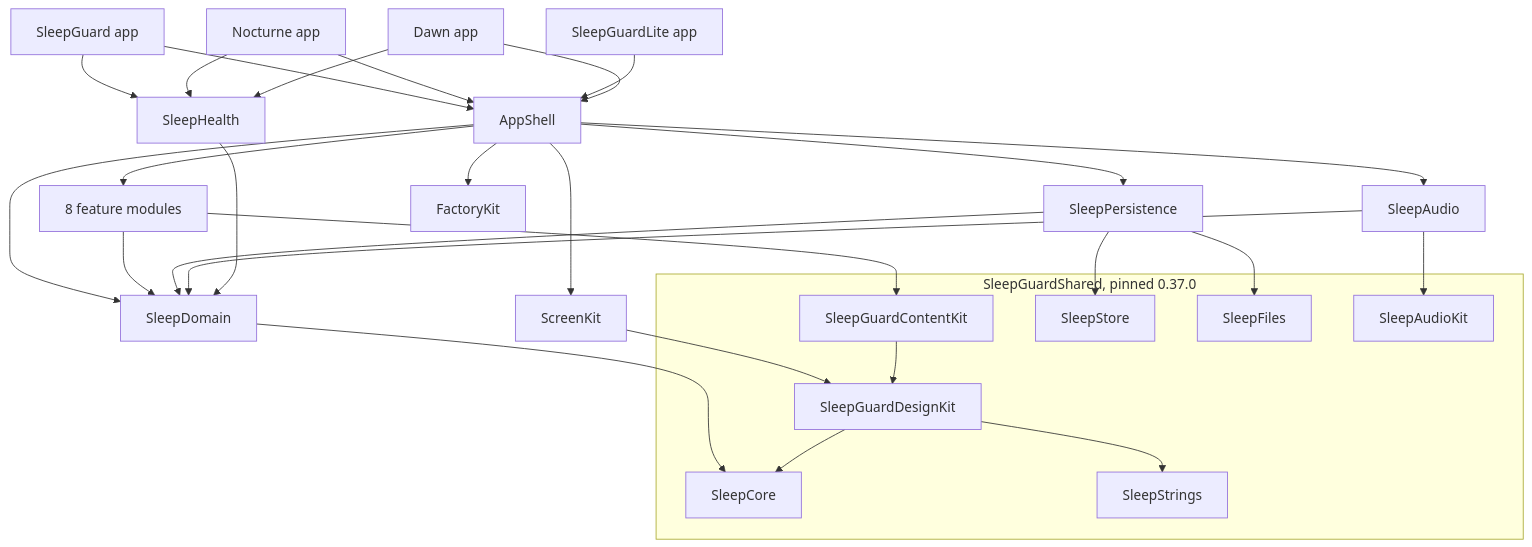
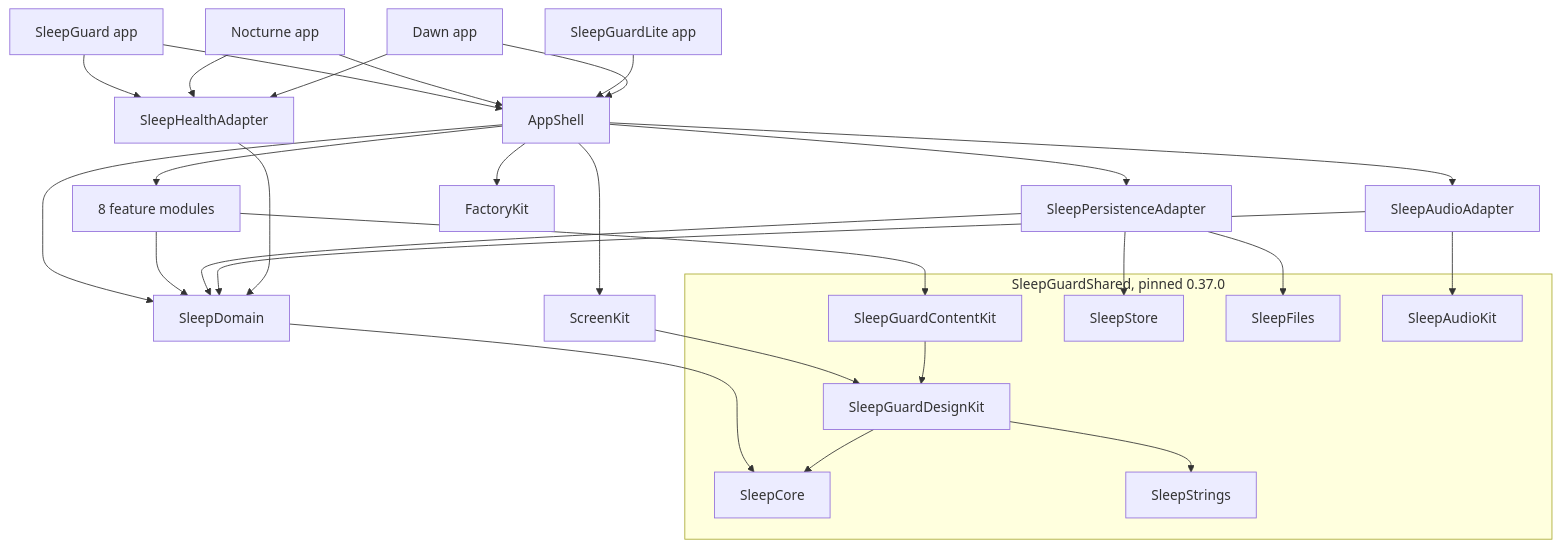
The diagram in docs/ARCHITECTURE.md (dardan0x/SleepGuardUIKitWay), drawn with Mermaid before and after one commit. The commit also changed other lines of this file and 153 other files, not shown here.

````diff
--- a/docs/ARCHITECTURE.md
+++ b/docs/ARCHITECTURE.md
@@ -20,41 +20,41 @@
 ```mermaid
 graph TD
   SG[SleepGuard app] --> AppShell
   NO[Nocturne app] --> AppShell
   LI[SleepGuardLite app] --> AppShell
   DA[Dawn app] --> AppShell
-  SG --> SleepHealth
-  NO --> SleepHealth
-  DA --> SleepHealth
+  SG --> SleepHealthAdapter
+  NO --> SleepHealthAdapter
+  DA --> SleepHealthAdapter
 
   AppShell --> Features[8 feature modules]
   AppShell --> ScreenKit
-  AppShell --> SleepPersistence
-  AppShell --> SleepAudio
+  AppShell --> SleepPersistenceAdapter
+  AppShell --> SleepAudioAdapter
   AppShell --> SleepDomain
   AppShell --> FactoryKit
 
   Features --> SleepDomain
   Features --> ContentKit[SleepGuardContentKit]
-  SleepPersistence --> SleepDomain
-  SleepPersistence --> SleepStore
-  SleepPersistence --> SleepFiles
-  SleepAudio --> SleepDomain
-  SleepAudio --> SleepAudioKit
-  SleepHealth --> SleepDomain
+  SleepPersistenceAdapter --> SleepDomain
+  SleepPersistenceAdapter --> SleepStore
+  SleepPersistenceAdapter --> SleepFiles
+  SleepAudioAdapter --> SleepDomain
+  SleepAudioAdapter --> SleepAudioKit
+  SleepHealthAdapter --> SleepDomain
   ScreenKit --> DesignKit[SleepGuardDesignKit]
   SleepDomain --> SleepCore
   ContentKit --> DesignKit
   DesignKit --> SleepStrings
   DesignKit --> SleepCore
 
   subgraph Shared["SleepGuardShared, pinned 0.37.0"]
     SleepCore
     SleepStore
     SleepAudioKit
     SleepFiles
     SleepStrings
     DesignKit
     ContentKit
   end
 ```
````
